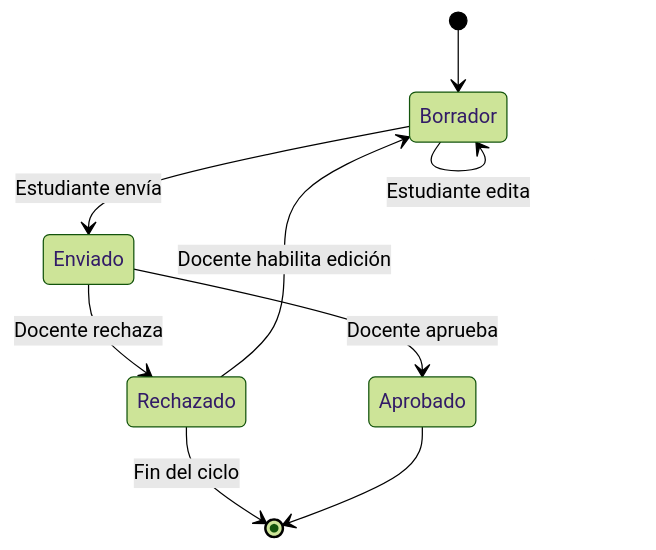
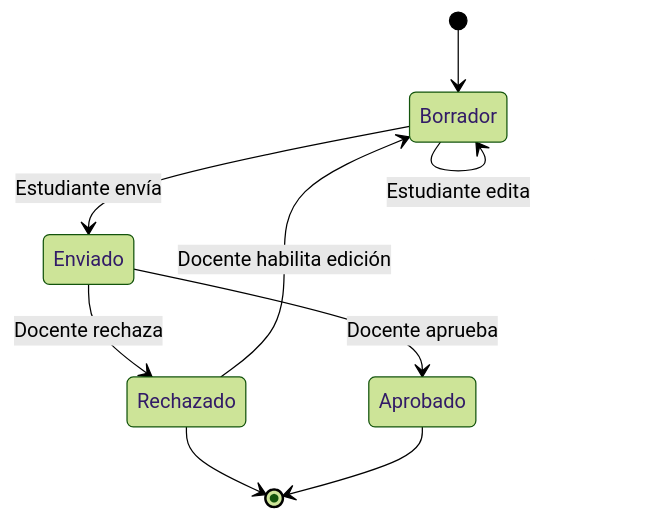
Before and after one commit to GRAN-J/Sistema-de-Gestion-de-Portafolios-Academicos-SGP-: the third of 6 diagrams in docs/DIAGRAMAS_DEL_SISTEMA.md, drawn with Mermaid (forest theme). The commit also changed other lines of this file and 2 other files, not shown here.

Commit message:
Traducción de comentarios a español y ajustes de diagramas

````diff
--- a/docs/DIAGRAMAS_DEL_SISTEMA.md
+++ b/docs/DIAGRAMAS_DEL_SISTEMA.md
@@ -137,16 +120,16 @@
 ```mermaid
 stateDiagram-v2
     direction TB
     [*] --> Borrador
     
     Borrador --> Enviado : Estudiante envía
     Borrador --> Borrador : Estudiante edita
     
     Enviado --> Aprobado : Docente aprueba
     Enviado --> Rechazado : Docente rechaza
     
-    Rechazado --> [*] : Fin del ciclo
     Rechazado --> Borrador : Docente habilita edición
+    Rechazado --> [*]
     
     Aprobado --> [*]
 ```
````
